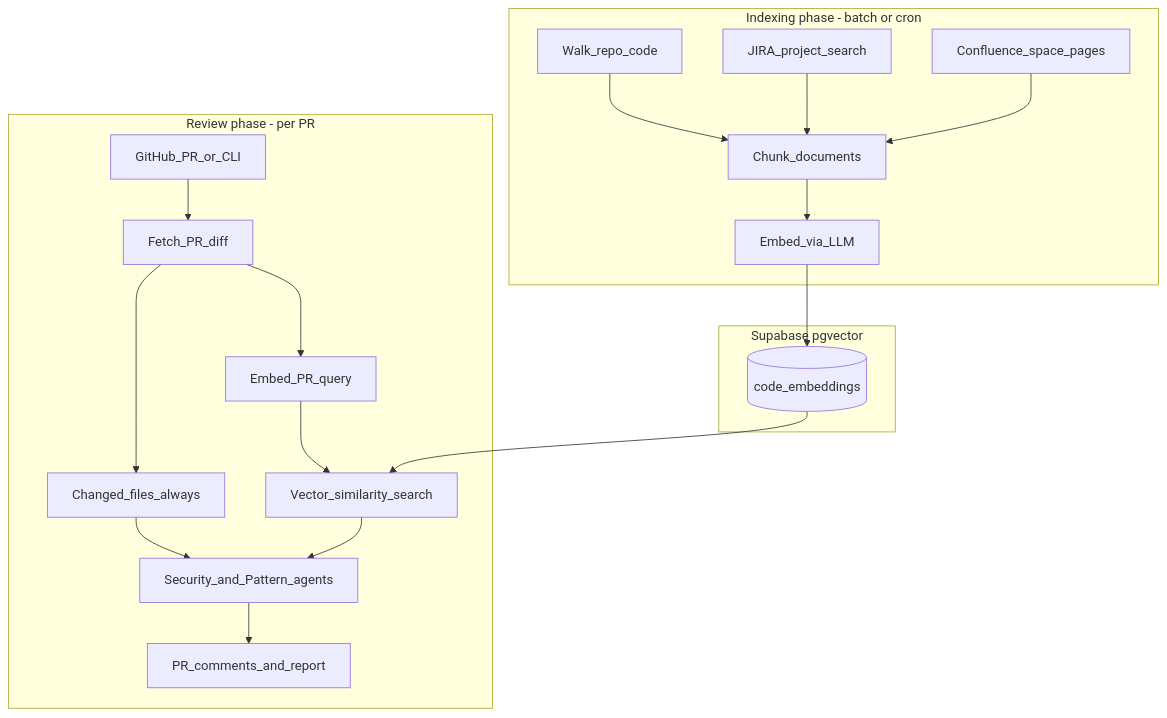
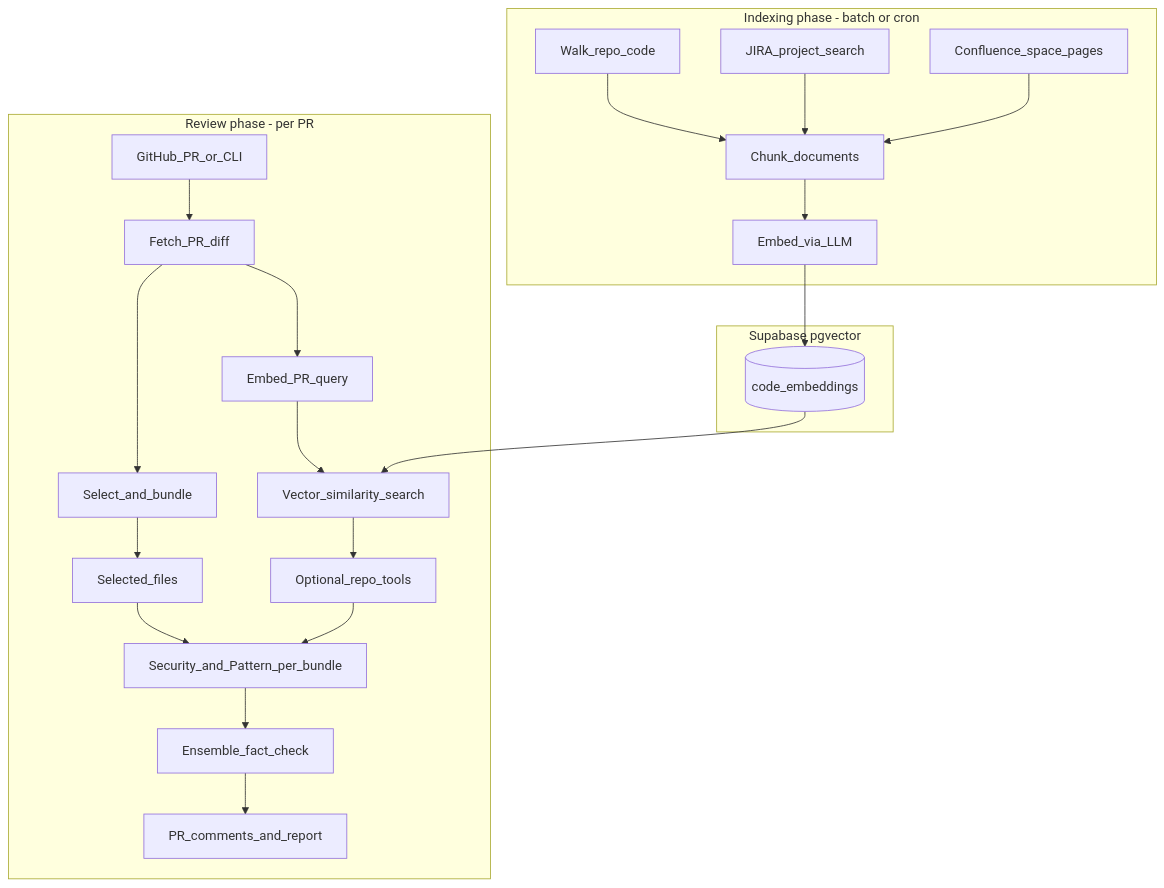
One commit to cipheraxat/codereviewer_agent changed the fourth of 7 diagrams in README.md. Above: the diagram before and after it, drawn with Mermaid. The commit also changed other lines of this file, not shown here.

First line of the commit message:
docs: document v0.5.2 OCR harness and architecture.

````diff
--- a/README.md
+++ b/README.md
@@ -64,35 +74,39 @@
 ```mermaid
 flowchart TD
   subgraph indexPhase [Indexing phase - batch or cron]
     codeWalk[Walk_repo_code]
     jiraBulk[JIRA_project_search]
     confBulk[Confluence_space_pages]
     chunk[Chunk_documents]
     embed[Embed_via_LLM]
   end
 
   subgraph store [Supabase pgvector]
     db[(code_embeddings)]
   end
 
   subgraph reviewPhase [Review phase - per PR]
     prEvent[GitHub_PR_or_CLI]
     ingest[Fetch_PR_diff]
-    changed[Changed_files_always]
+    select[Select_and_bundle]
+    changed[Selected_files]
     query[Embed_PR_query]
     search[Vector_similarity_search]
-    agents[Security_and_Pattern_agents]
+    tools[Optional_repo_tools]
+    agents[Security_and_Pattern_per_bundle]
+    ensemble[Ensemble_fact_check]
     output[PR_comments_and_report]
   end
 
   codeWalk --> chunk
   jiraBulk --> chunk
   confBulk --> chunk
   chunk --> embed --> db
 
-  prEvent --> ingest --> changed
+  prEvent --> ingest --> select --> changed
   ingest --> query --> search
   db --> search
   changed --> agents
-  search --> agents --> output
+  search --> tools --> agents
+  agents --> ensemble --> output
 ```
````
